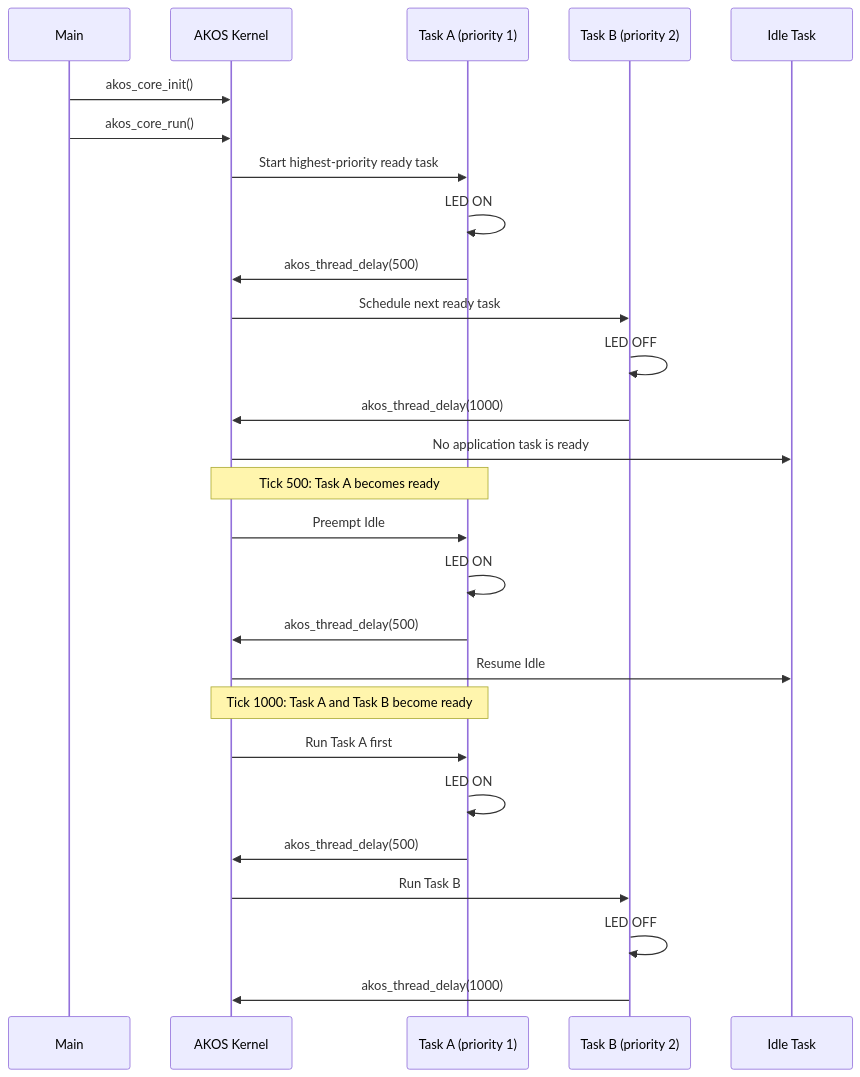
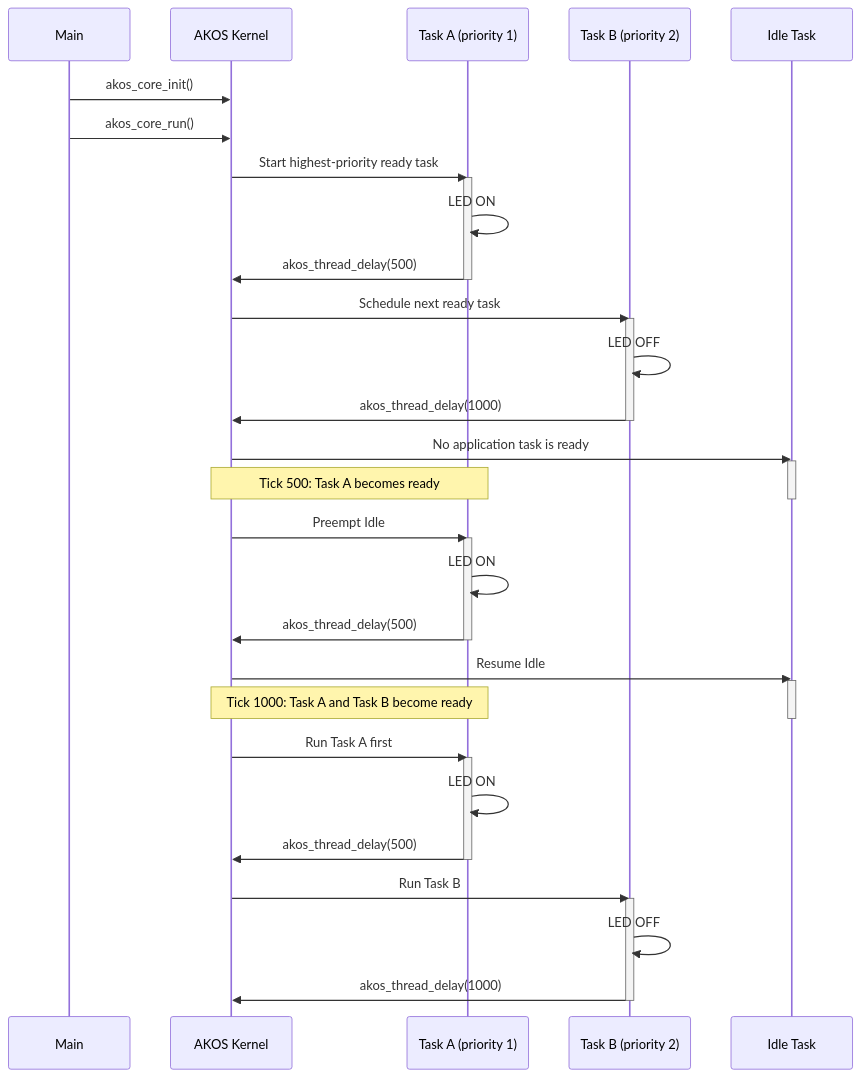
The diagram in examples/thread/README.md (the-ak-foundation/akos), drawn with Mermaid before and after one commit. The commit also changed other lines of this file and 3 other files, not shown here.

Commit message:
[UPDATE] update sequence diagrams

````diff
--- a/examples/thread/README.md
+++ b/examples/thread/README.md
@@ -6,35 +7,49 @@
 ```mermaid
 sequenceDiagram
     participant Main
     participant Kernel as AKOS Kernel
     participant A as Task A (priority 1)
     participant B as Task B (priority 2)
     participant Idle as Idle Task
 
     Main->>Kernel: akos_core_init()
     Main->>Kernel: akos_core_run()
 
     Kernel->>A: Start highest-priority ready task
+    activate A
     A->>A: LED ON
     A->>Kernel: akos_thread_delay(500)
+    deactivate A
 
     Kernel->>B: Schedule next ready task
+    activate B
     B->>B: LED OFF
     B->>Kernel: akos_thread_delay(1000)
+    deactivate B
 
     Kernel->>Idle: No application task is ready
+    activate Idle
 
     Note over Kernel,A: Tick 500: Task A becomes ready
+    deactivate Idle
     Kernel->>A: Preempt Idle
+    activate A
     A->>A: LED ON
     A->>Kernel: akos_thread_delay(500)
+    deactivate A
     Kernel->>Idle: Resume Idle
+    activate Idle
 
     Note over Kernel,A: Tick 1000: Task A and Task B become ready
+    deactivate Idle
     Kernel->>A: Run Task A first
+    activate A
     A->>A: LED ON
     A->>Kernel: akos_thread_delay(500)
+    deactivate A
     Kernel->>B: Run Task B
+    activate B
     B->>B: LED OFF
     B->>Kernel: akos_thread_delay(1000)
+    deactivate B
 ```
````
